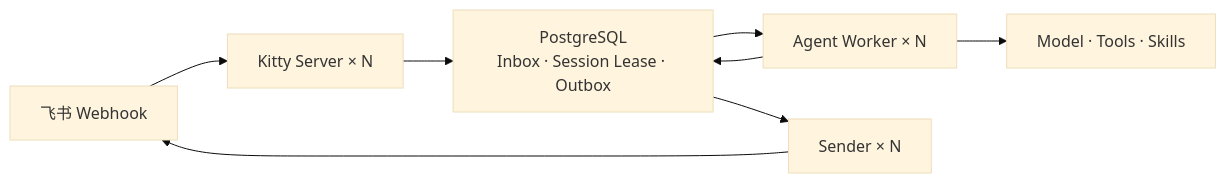
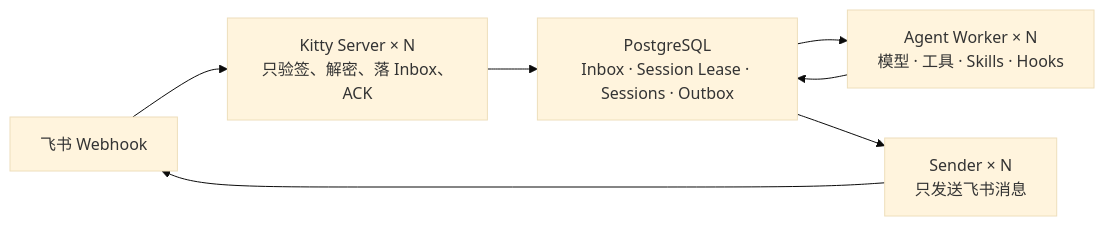
The second of 2 diagrams in README.md (jocelynzhang0812-lab/kitty), drawn with Mermaid (base theme) before and after one commit. The commit also changed other lines of this file, not shown here.

Commit message:
docs: rewrite kitty architecture readme

````diff
--- a/README.md
+++ b/README.md
@@ -27,10 +54,9 @@
 ```mermaid
 flowchart LR
-    FS["飞书 Webhook"] --> SERVER["Kitty Server × N"]
-    SERVER --> DB["PostgreSQL<br/>Inbox · Session Lease · Outbox"]
-    DB --> WORKER["Agent Worker × N"]
-    WORKER --> MODEL["Model · Tools · Skills"]
-    WORKER --> DB
-    DB --> SENDER["Sender × N"]
-    SENDER --> FS
+    Feishu["飞书 Webhook"] --> Server["Kitty Server × N<br/>只验签、解密、落 Inbox、ACK"]
+    Server --> DB["PostgreSQL<br/>Inbox · Session Lease · Sessions · Outbox"]
+    DB --> Worker["Agent Worker × N<br/>模型 · 工具 · Skills · Hooks"]
+    Worker --> DB
+    DB --> Sender["Sender × N<br/>只发送飞书消息"]
+    Sender --> Feishu
 ```
````
